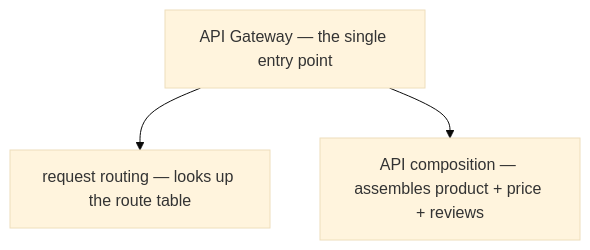
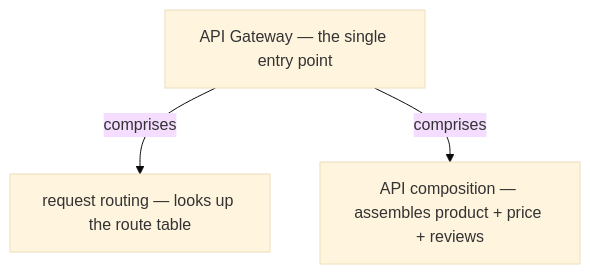
One commit to vinayakuber/microservices-io-study-guide changed the sixth of 13 diagrams in docs/ch23-api-gateway.md. Above: the diagram before and after it, drawn with Mermaid (base theme). The commit also changed other lines of this file and 71 other files, not shown here.

First line of the commit message:
R18: label every diagram arrow with its meaning

````diff
--- a/docs/ch23-api-gateway.md
+++ b/docs/ch23-api-gateway.md
@@ -221,6 +221,6 @@
 ```mermaid
 flowchart TD
   R["API Gateway — the single entry point"]
-  R --> P0["request routing — looks up the route table"]
-  R --> P1["API composition — assembles product + price + reviews"]
+  R -->|"comprises"| P0["request routing — looks up the route table"]
+  R -->|"comprises"| P1["API composition — assembles product + price + reviews"]
 ```
````
